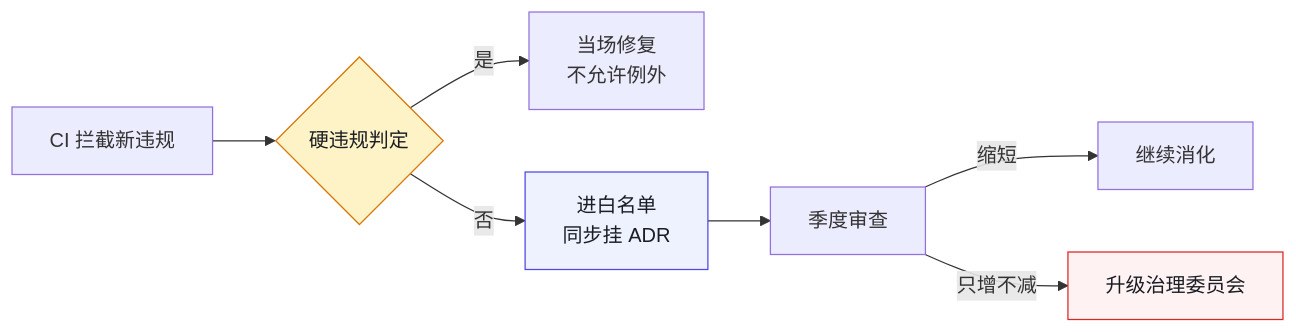
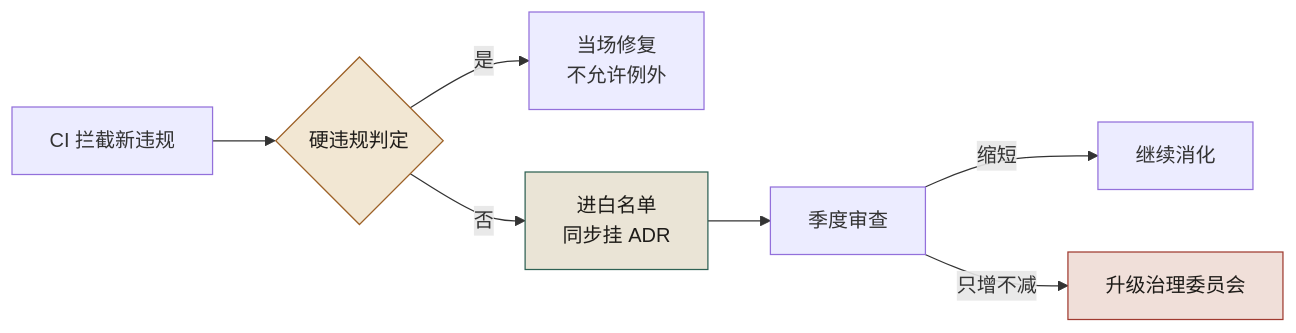
One commit to funny8kids/AI_Native_Software_Engineering changed the second of 2 diagrams in docs/manuscript/ch13-第8章-目标架构.md. Above: the diagram before and after it, drawn with Mermaid. The commit also changed other lines of this file and 81 other files, not shown here.

````diff
--- a/docs/manuscript/ch13-第8章-目标架构.md
+++ b/docs/manuscript/ch13-第8章-目标架构.md
@@ -144,12 +161,12 @@
 ```mermaid
 flowchart LR
   CI[CI 拦截新违规] --> HARD{硬违规判定}
   HARD -->|是| FIX[当场修复<br/>不允许例外]
   HARD -->|否| WL[进白名单<br/>同步挂 ADR]
   WL --> QR[季度审查]
   QR -->|缩短| KEEP[继续消化]
   QR -->|只增不减| ESC[升级治理委员会]
-  style HARD fill:#fef3c7,stroke:#d97706,color:#1a1d23
-  style WL fill:#eef2ff,stroke:#4f46e5,color:#1a1d23
-  style ESC fill:#fef2f2,stroke:#dc2626,color:#1a1d23
+  style HARD fill:#f2e7d3,stroke:#9d6127,color:#1e1c19
+  style WL fill:#eae4d6,stroke:#2f6154,color:#1e1c19
+  style ESC fill:#f0dfd9,stroke:#a03b31,color:#1e1c19
 ```
````
